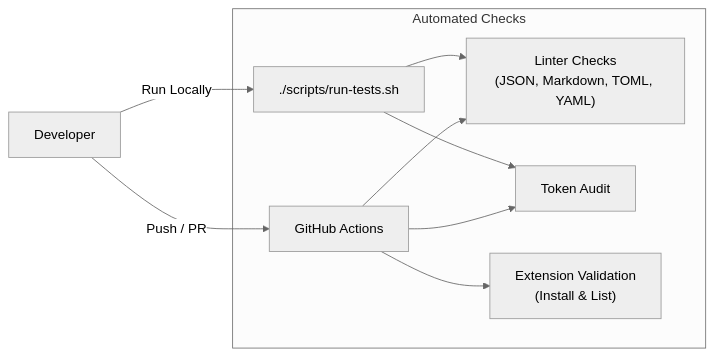
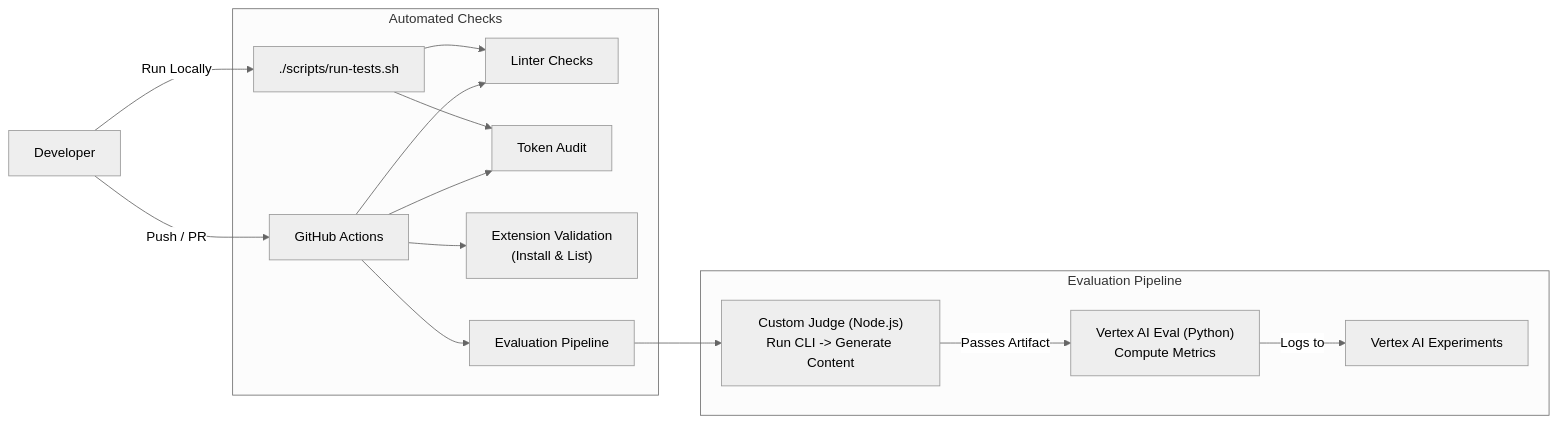
One commit to sapientcoffee/scribe changed the second of 2 diagrams in README.md. Above: the diagram before and after it, drawn with Mermaid (neutral theme). The commit also changed other lines of this file, not shown here.

Commit message:
docs: update readme with detailed eval architecture diagram and setup instructions

````diff
--- a/README.md
+++ b/README.md
@@ -124,13 +124,22 @@
 ```mermaid
 graph LR
     Developer[Developer] -->|Run Locally| Script["./scripts/run-tests.sh"]
     Developer -->|Push / PR| GitHub[GitHub Actions]
 
     subgraph "Automated Checks"
-        Script --> Linting
+        Script --> Linting[Linter Checks]
         Script --> Audit[Token Audit]
-        GitHub --> Linting["Linter Checks<br/>(JSON, Markdown, TOML, YAML)"]
+        
+        GitHub --> Linting
         GitHub --> Audit
         GitHub --> Validation["Extension Validation<br/>(Install & List)"]
+        
+        GitHub --> EvalFlow[Evaluation Pipeline]
+    end
+
+    subgraph "Evaluation Pipeline"
+        EvalFlow --> CustomJudge["Custom Judge (Node.js)<br/>Run CLI -> Generate Content"]
+        CustomJudge -->|Passes Artifact| VertexEval["Vertex AI Eval (Python)<br/>Compute Metrics"]
+        VertexEval -->|Logs to| VertexConsole[Vertex AI Experiments]
     end
 ```
````
